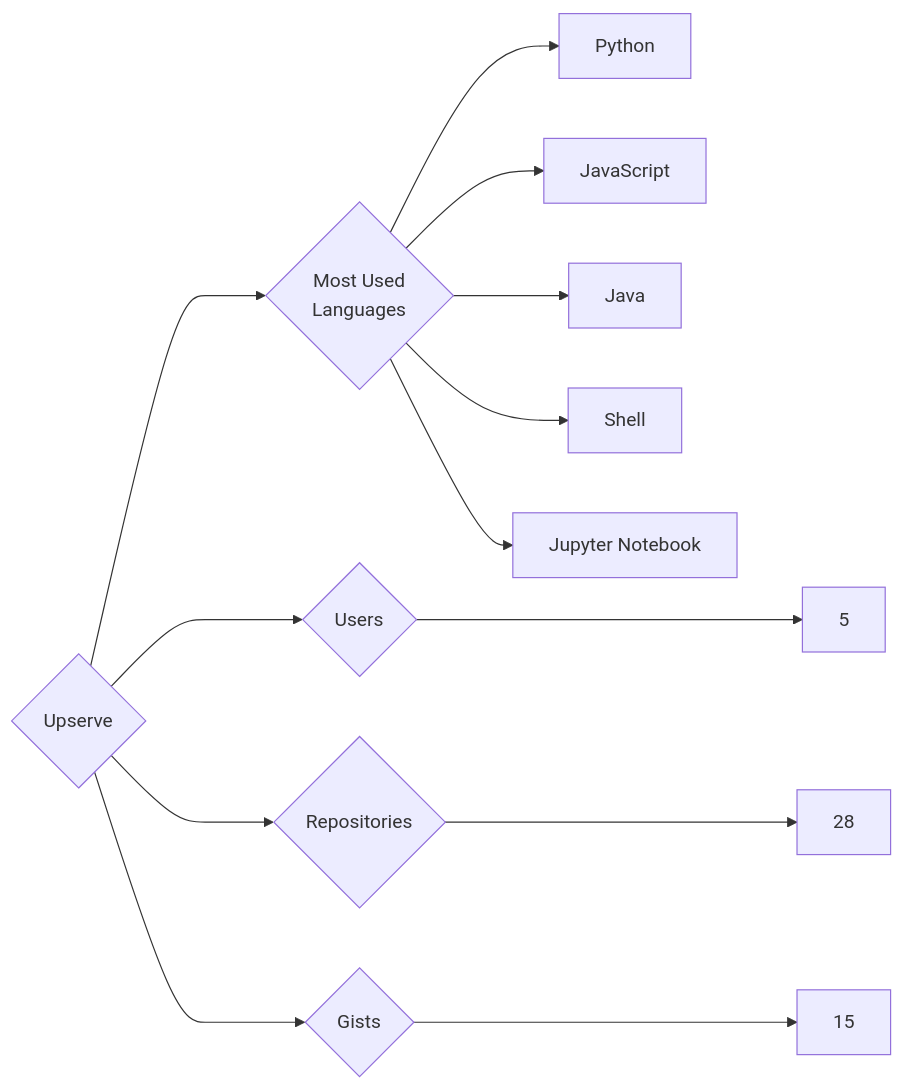
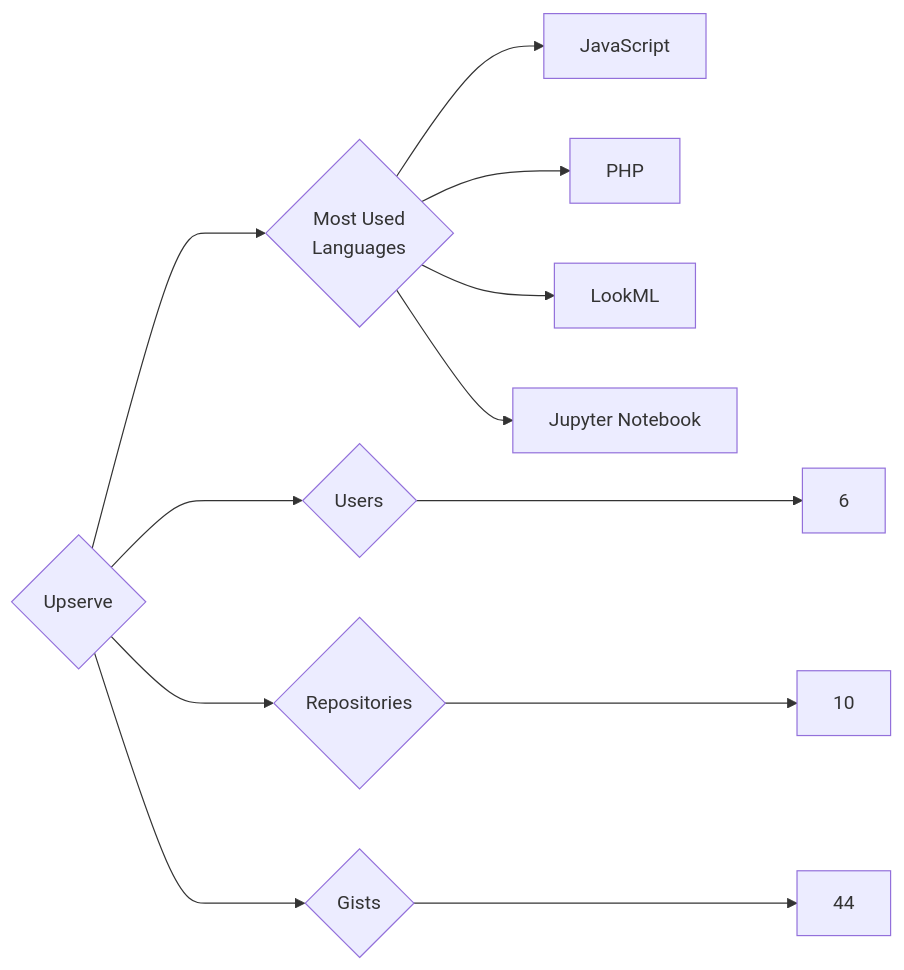
One commit to trickest/insiders changed the diagram in targets/Upserve/README.md. Above: the diagram before and after it, drawn with Mermaid. The commit also changed 1696 other files, not shown here.

````diff
--- a/targets/Upserve/README.md
+++ b/targets/Upserve/README.md
@@ -3,13 +3,12 @@
 ```mermaid
 graph LR
 COMPANY_NAME{Upserve}
-COMPANY_NAME ---> U{Users} ---> UN[5]
-COMPANY_NAME ---> R{Repositories} ---> RN[28]
-COMPANY_NAME ---> G{Gists} ---> GN[15]
+COMPANY_NAME ---> U{Users} ---> UN[6]
+COMPANY_NAME ---> R{Repositories} ---> RN[10]
+COMPANY_NAME ---> G{Gists} ---> GN[44]
 COMPANY_NAME ---> ML{Most Used<br>Languages}
-ML --> Python[Python]
 ML --> JavaScript[JavaScript]
-ML --> Java[Java]
-ML --> Shell[Shell]
+ML --> PHP[PHP]
+ML --> LookML[LookML]
 ML --> Jupyter_Notebook[Jupyter Notebook]
 ```
````
